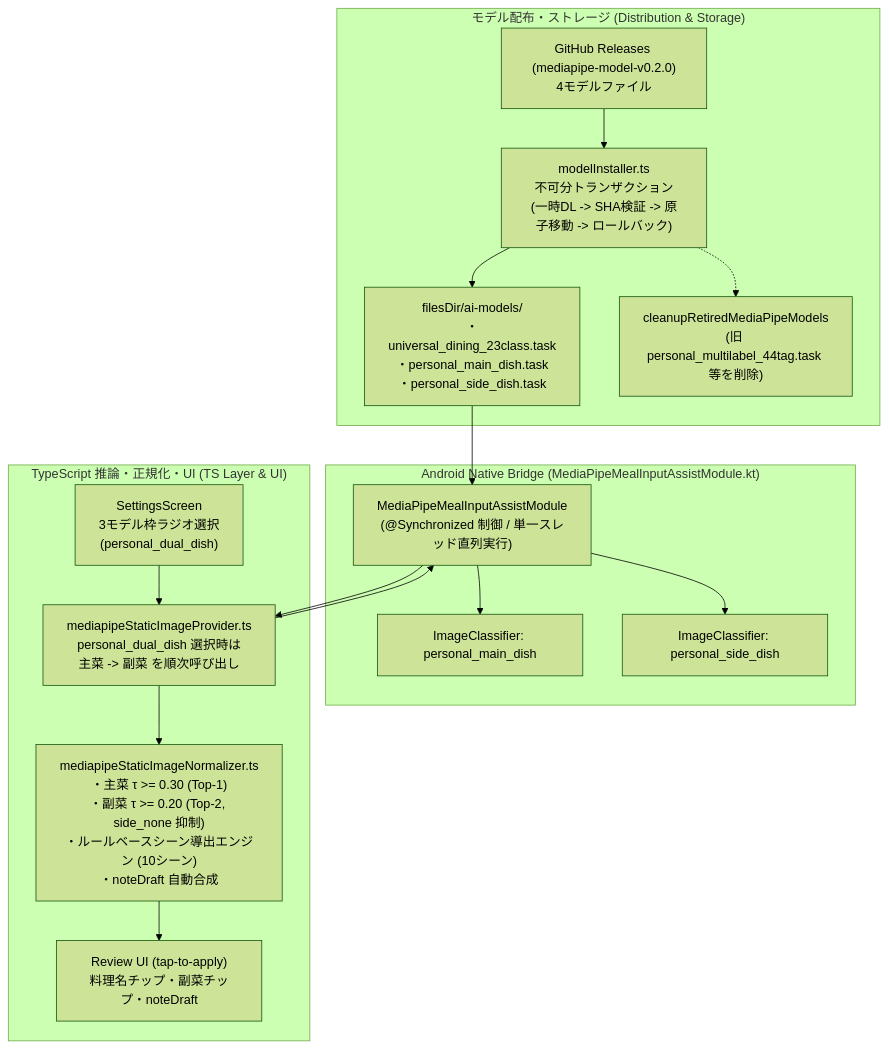
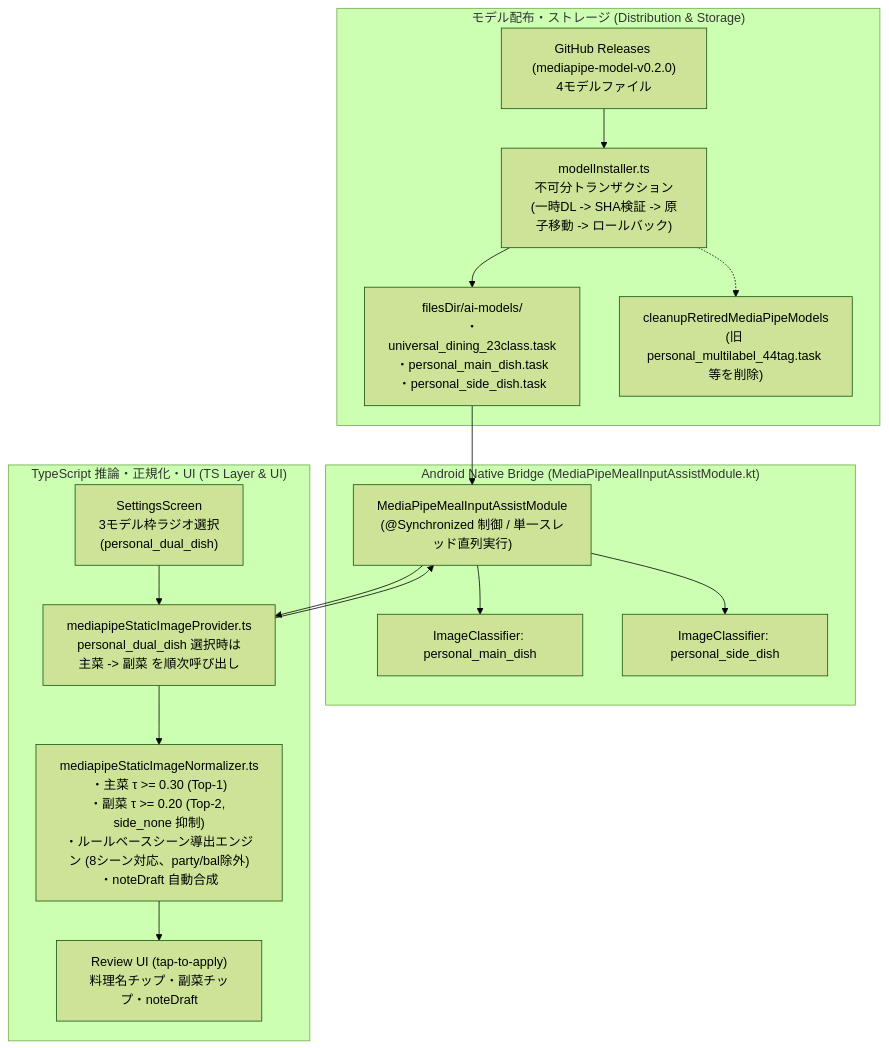
One commit to tahosook/dining-memory-app changed the diagram in docs/issues/issue-27-refresh-step3-app-integration.md. Above: the diagram before and after it, drawn with Mermaid (forest theme). The commit also changed other lines of this file and 6 other files, not shown here.

````diff
--- a/docs/issues/issue-27-refresh-step3-app-integration.md
+++ b/docs/issues/issue-27-refresh-step3-app-integration.md
@@ -39,36 +39,36 @@
 ```mermaid
 flowchart TD
   subgraph StorageDistribution ["モデル配布・ストレージ (Distribution & Storage)"]
     GHRelease["GitHub Releases (mediapipe-model-v0.2.0)\n4モデルファイル"]
     Installer["modelInstaller.ts\n不可分トランザクション\n(一時DL -> SHA検証 -> 原子移動 -> ロールバック)"]
     LocalStorage["filesDir/ai-models/\n・universal_dining_23class.task\n・personal_main_dish.task\n・personal_side_dish.task"]
     Cleanup["cleanupRetiredMediaPipeModels\n(旧 personal_multilabel_44tag.task 等を削除)"]
     
     GHRelease --> Installer
     Installer --> LocalStorage
     Installer -.-> Cleanup
   end
 
   subgraph NativeBridge ["Android Native Bridge (MediaPipeMealInputAssistModule.kt)"]
     Module["MediaPipeMealInputAssistModule\n(@Synchronized 制御 / 単一スレッド直列実行)"]
     ClassifierMain["ImageClassifier: personal_main_dish"]
     ClassifierSide["ImageClassifier: personal_side_dish"]
     
     LocalStorage --> Module
     Module --> ClassifierMain
     Module --> ClassifierSide
   end
 
   subgraph AppTSLayer ["TypeScript 推論・正規化・UI (TS Layer & UI)"]
     Provider["mediapipeStaticImageProvider.ts\npersonal_dual_dish 選択時は\n主菜 -> 副菜 を順次呼び出し"]
-    Normalizer["mediapipeStaticImageNormalizer.ts\n・主菜 τ >= 0.30 (Top-1)\n・副菜 τ >= 0.20 (Top-2, side_none 抑制)\n・ルールベースシーン導出エンジン (10シーン)\n・noteDraft 自動合成"]
+    Normalizer["mediapipeStaticImageNormalizer.ts\n・主菜 τ >= 0.30 (Top-1)\n・副菜 τ >= 0.20 (Top-2, side_none 抑制)\n・ルールベースシーン導出エンジン (8シーン対応、party/bal除外)\n・noteDraft 自動合成"]
     Settings["SettingsScreen\n3モデル枠ラジオ選択\n(personal_dual_dish)"]
     ReviewUI["Review UI (tap-to-apply)\n料理名チップ・副菜チップ・noteDraft"]
 
     Provider --> Module
     Module --> Provider
     Provider --> Normalizer
     Normalizer --> ReviewUI
     Settings --> Provider
   end
 ```
````
